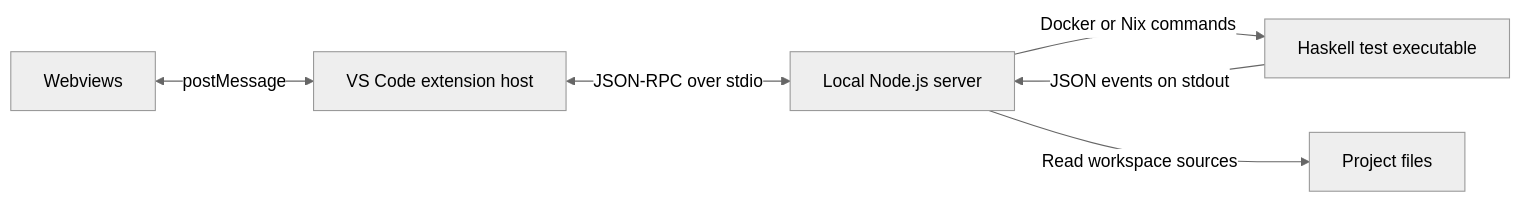
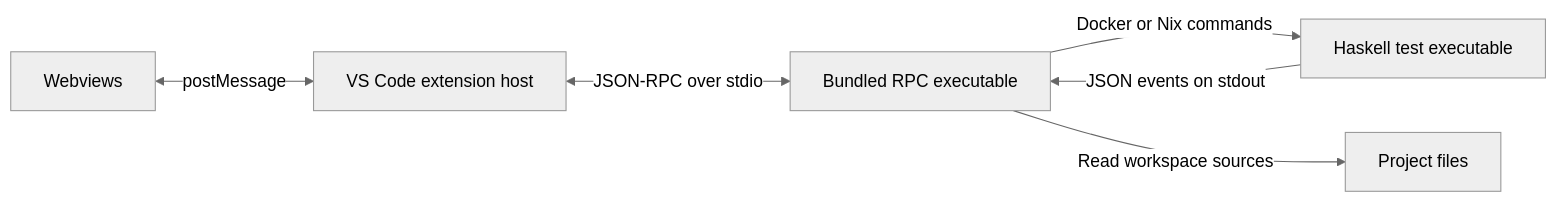
One commit to input-output-hk/sc-testing-tools-vs-extension changed the first of 4 diagrams in docs/architecture.md. Above: the diagram before and after it, drawn with Mermaid (neutral theme). The commit also changed other lines of this file and 12 other files, not shown here.

````diff
--- a/docs/architecture.md
+++ b/docs/architecture.md
@@ -25,8 +25,8 @@
 ```mermaid
 flowchart LR
 	UI[Webviews] <-->|postMessage| Extension[VS Code extension host]
-	Extension <-->|JSON-RPC over stdio| Server[Local Node.js server]
+	Extension <-->|JSON-RPC over stdio| Server[Bundled RPC executable]
 	Server -->|Docker or Nix commands| Backend[Haskell test executable]
 	Backend -->|JSON events on stdout| Server
 	Server -->|Read workspace sources| Workspace[Project files]
 ```
````
